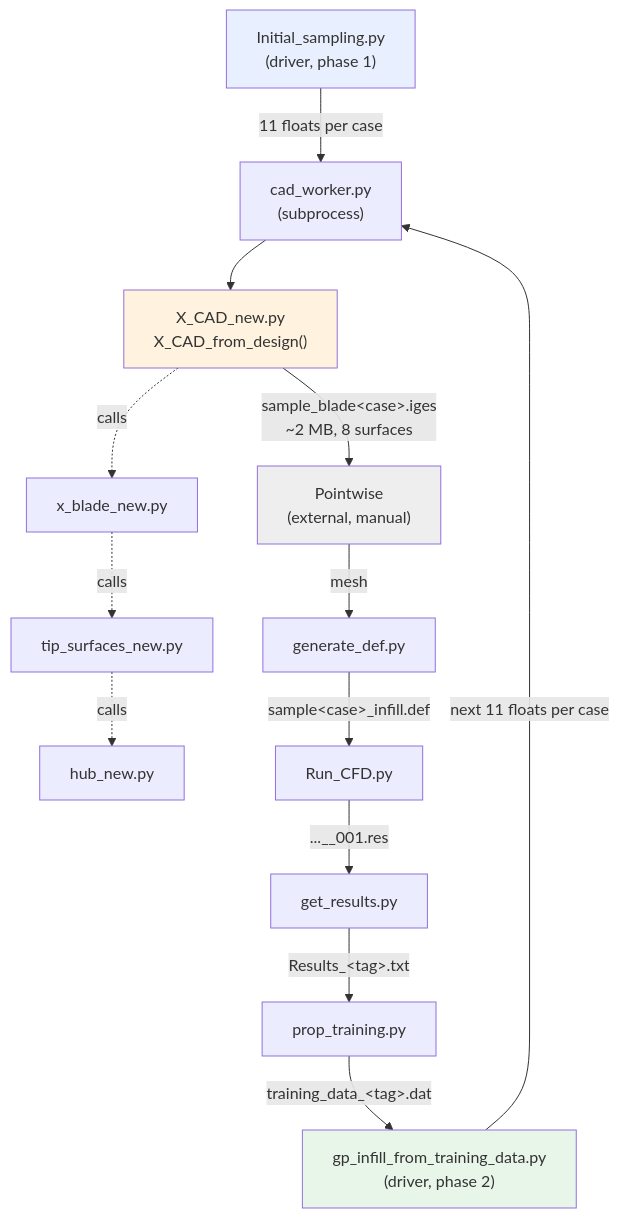
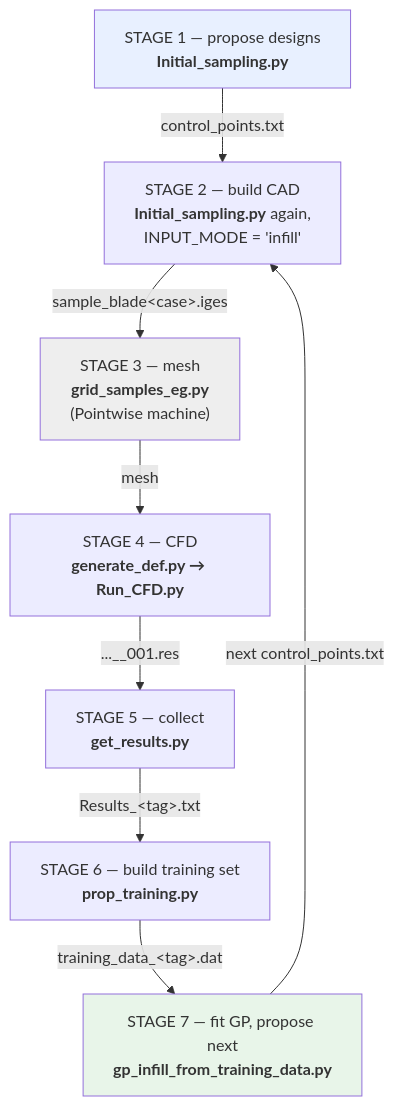
The second of 2 diagrams in PIPELINE.md (edd-ie/3D-Optimization-Workflow), drawn with Mermaid before and after one commit. The commit also changed other lines of this file and 2 other files, not shown here.

First line of the commit message:
Rewrite PIPELINE.md as a build guide; add grid_samples_eg.py

````diff
--- a/PIPELINE.md
+++ b/PIPELINE.md
@@ -41,21 +48,22 @@
 ```mermaid
 flowchart TD
-    IS["Initial_sampling.py<br/>(driver, phase 1)"]
-    IS -->|"11 floats per case"| CW["cad_worker.py<br/>(subprocess)"]
-    CW --> XC["X_CAD_new.py<br/>X_CAD_from_design()"]
-    XC -.->|"calls"| XB["x_blade_new.py"]
-    XB -.->|"calls"| TS["tip_surfaces_new.py"]
-    TS -.->|"calls"| HB["hub_new.py"]
-    XC -->|"sample_blade&lt;case&gt;.iges<br/>~2 MB, 8 surfaces"| PW["Pointwise<br/>(external, manual)"]
-    PW -->|"mesh"| GD["generate_def.py"]
-    GD -->|"sample&lt;case&gt;_infill.def"| RC["Run_CFD.py"]
-    RC -->|"...__001.res"| GR["get_results.py"]
-    GR -->|"Results_&lt;tag&gt;.txt"| PT["prop_training.py"]
-    PT -->|"training_data_&lt;tag&gt;.dat"| GP["gp_infill_from_training_data.py<br/>(driver, phase 2)"]
-    GP -->|"next 11 floats per case"| CW
+    S1["STAGE 1 — propose designs<br/><b>Initial_sampling.py</b>"]
+    S2["STAGE 2 — build CAD<br/><b>Initial_sampling.py</b> again,<br/>INPUT_MODE = 'infill'"]
+    S3["STAGE 3 — mesh<br/><b>grid_samples_eg.py</b><br/>(Pointwise machine)"]
+    S4["STAGE 4 — CFD<br/><b>generate_def.py → Run_CFD.py</b>"]
+    S5["STAGE 5 — collect<br/><b>get_results.py</b>"]
+    S6["STAGE 6 — build training set<br/><b>prop_training.py</b>"]
+    S7["STAGE 7 — fit GP, propose next<br/><b>gp_infill_from_training_data.py</b>"]
 
-    style IS fill:#e8f0ff
-    style GP fill:#e8f5e9
-    style XC fill:#fff3e0
-    style PW fill:#eeeeee
+    S1 -->|"control_points.txt"| S2
+    S2 -->|"sample_blade&lt;case&gt;.iges"| S3
+    S3 -->|"mesh"| S4
+    S4 -->|"...__001.res"| S5
+    S5 -->|"Results_&lt;tag&gt;.txt"| S6
+    S6 -->|"training_data_&lt;tag&gt;.dat"| S7
+    S7 -->|"next control_points.txt"| S2
+
+    style S1 fill:#e8f0ff
+    style S7 fill:#e8f5e9
+    style S3 fill:#eeeeee
 ```
````
